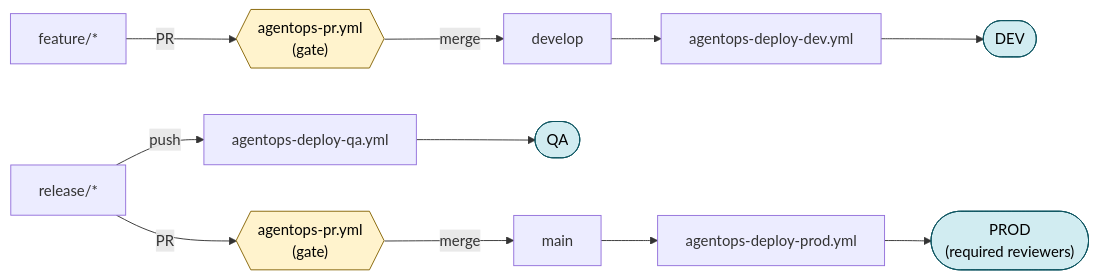
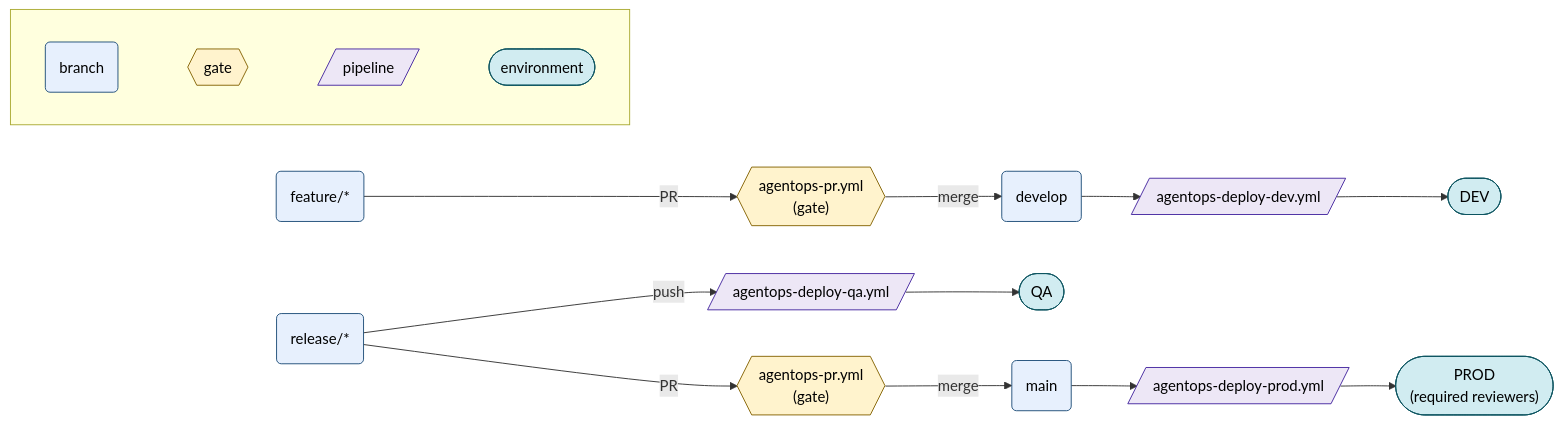
The diagram in docs/ci-github-actions.md (Azure/agentops), drawn with Mermaid before and after one commit. The commit also changed 10 other files, not shown here.

Commit message:
Update docs: eval recipe, tutorials, CI diagram, and architecture image

````diff
--- a/docs/ci-github-actions.md
+++ b/docs/ci-github-actions.md
@@ -33,20 +33,29 @@
 ```mermaid
 flowchart LR
-    feat["feature/*"] -->|PR| prGate1{{"agentops-pr.yml<br/>(gate)"}}
-    prGate1 -->|merge| dev["develop"]
-    dev --> deployDev["agentops-deploy-dev.yml"]
+    feat("feature/*") -->|PR| prGate1{{"agentops-pr.yml<br/>(gate)"}}
+    prGate1 -->|merge| dev("develop")
+    dev --> deployDev[/"agentops-deploy-dev.yml"/]
     deployDev --> DEV(["DEV"])
 
-    rel["release/*"] -->|push| deployQa["agentops-deploy-qa.yml"]
+    rel("release/*") -->|push| deployQa[/"agentops-deploy-qa.yml"/]
     deployQa --> QA(["QA"])
 
     rel -->|PR| prGate2{{"agentops-pr.yml<br/>(gate)"}}
-    prGate2 -->|merge| main["main"]
-    main --> deployProd["agentops-deploy-prod.yml"]
+    prGate2 -->|merge| main("main")
+    main --> deployProd[/"agentops-deploy-prod.yml"/]
     deployProd --> PROD(["PROD<br/>(required reviewers)"])
 
+    subgraph Legend [" "]
+        direction LR
+        lBranch("branch") ~~~ lGate{{"gate"}} ~~~ lPipe[/"pipeline"/] ~~~ lEnv(["environment"])
+    end
+
+    classDef branch fill:#e7f0fd,stroke:#1f4e79,color:#000;
     classDef gate fill:#fff3cd,stroke:#856404,color:#000;
+    classDef pipeline fill:#ede7f6,stroke:#4527a0,color:#000;
     classDef env fill:#d1ecf1,stroke:#0c5460,color:#000;
-    class prGate1,prGate2 gate;
-    class DEV,QA,PROD env;
+    class feat,dev,rel,main,lBranch branch;
+    class prGate1,prGate2,lGate gate;
+    class deployDev,deployQa,deployProd,lPipe pipeline;
+    class DEV,QA,PROD,lEnv env;
 ```
````
